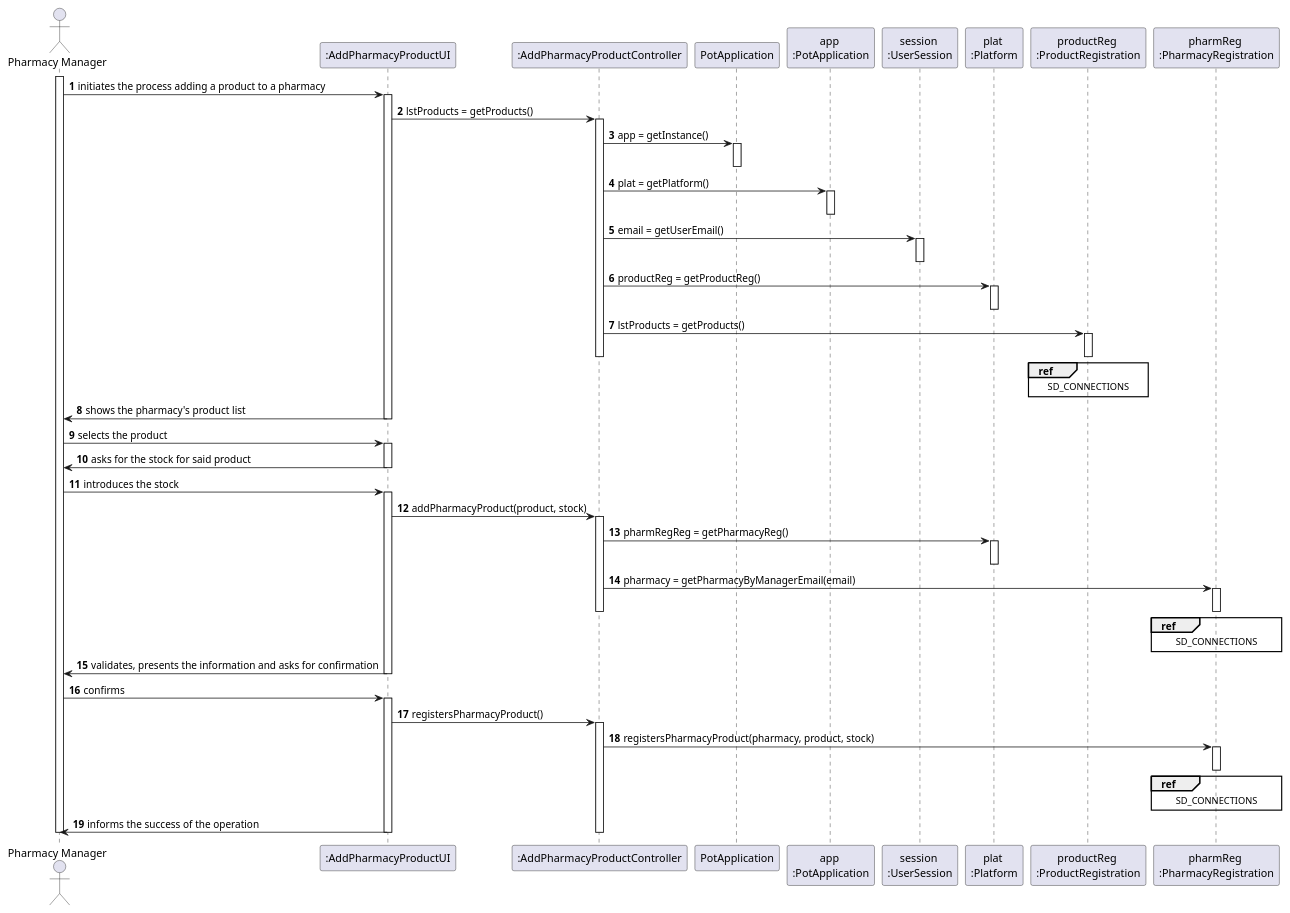
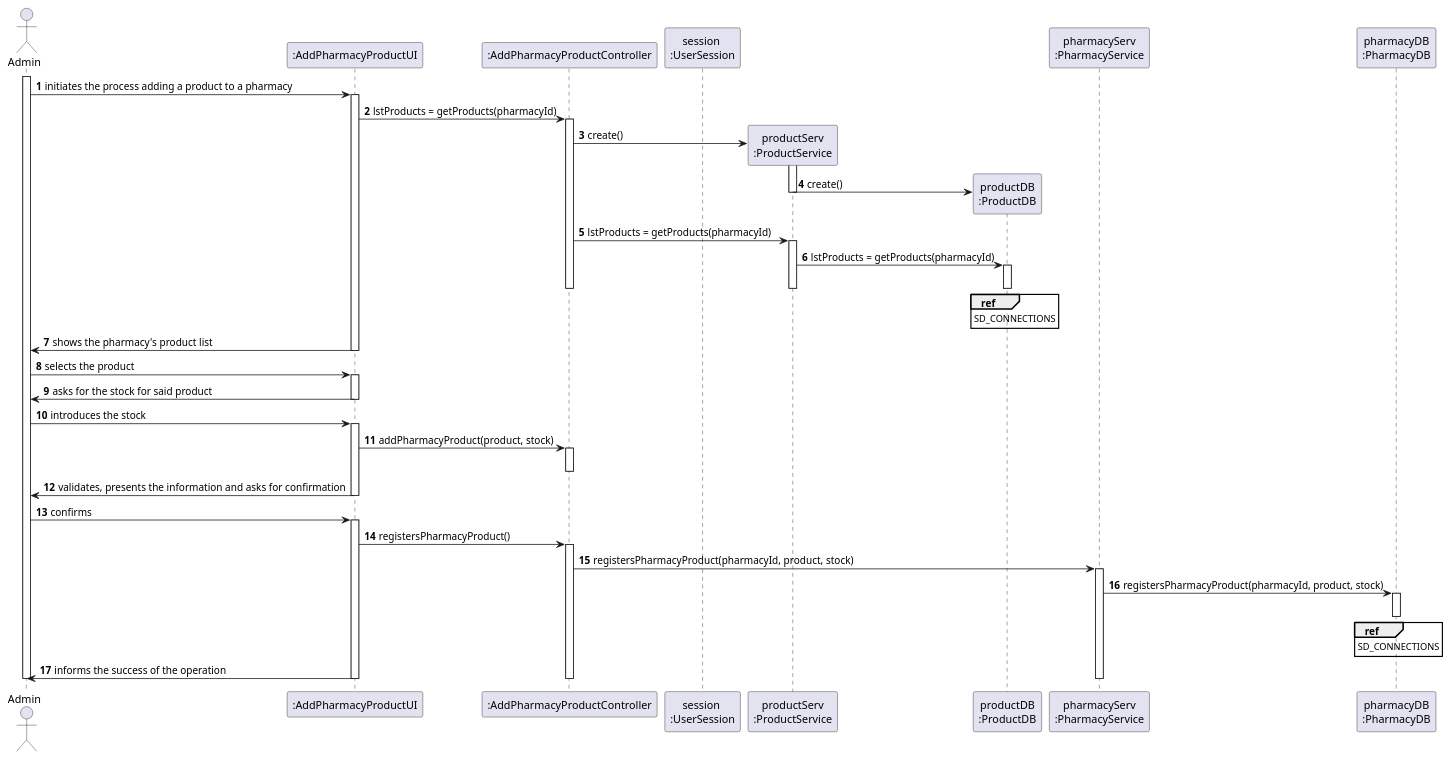
Before and after one commit to tiagoavcosta25/LAPR3: the diagram in docs/Iteration 2/Pharmacy Management/Refinement/US64_AddPharmacyProducts/US64_SD.puml, drawn with PlantUML. The commit also changed 7 other files, not shown here.

Commit message:
LAPR2AP2-188 Add Pharmacy Product [Review]

```diff
--- a/docs/Iteration 2/Pharmacy Management/Refinement/US64_AddPharmacyProducts/US64_SD.puml
+++ b/docs/Iteration 2/Pharmacy Management/Refinement/US64_AddPharmacyProducts/US64_SD.puml
@@ -1,85 +1,73 @@
 @startuml
 autonumber
-actor "Pharmacy Manager" as PM
+actor "Admin" as ADM
 
 participant ":AddPharmacyProductUI" as UI
 participant ":AddPharmacyProductController" as CTRL
-participant "PotApplication" as PA
-participant "app \n:PotApplication" as APA
 participant "session \n:UserSession" as US
-participant "plat \n:Platform" as PLAT
-participant "productReg \n:ProductRegistration" as PR
-participant "pharmReg \n:PharmacyRegistration" as PHR
+participant "productServ\n:ProductService" as PS
+participant "productDB\n:ProductDB" as PDB
+participant "pharmacyServ\n:PharmacyService" as PHS
+participant "pharmacyDB\n:PharmacyDB" as PHDB
 
 
 
-activate PM
+activate ADM
 
-PM -> UI : initiates the process adding a product to a pharmacy
+ADM -> UI : initiates the process adding a product to a pharmacy
 activate UI
-UI -> CTRL : lstProducts = getProducts()
+UI -> CTRL : lstProducts = getProducts(pharmacyId)
 activate CTRL
-CTRL -> PA : app = getInstance()
-activate PA
-deactivate PA
-CTRL -> APA : plat = getPlatform()
-activate APA
-deactivate APA
-CTRL -> US: email = getUserEmail()
-activate US
-deactivate US
-CTRL -> PLAT : productReg = getProductReg()
-activate PLAT
-deactivate PLAT
-CTRL -> PR : lstProducts = getProducts()
-activate PR
-ref over PR
+CTRL -> PS** : create()
+activate PS
+PS -> PDB** : create()
+deactivate PS
+CTRL -> PS : lstProducts = getProducts(pharmacyId)
+activate PS
+PS -> PDB : lstProducts = getProducts(pharmacyId)
+activate PDB
+ref over PDB
 SD_CONNECTIONS
 end ref
-deactivate PR
+deactivate PDB
+deactivate PS
 deactivate CTRL
-UI -> PM : shows the pharmacy's product list
+UI -> ADM : shows the pharmacy's product list
 deactivate UI
 
-PM -> UI : selects the product
+ADM -> UI : selects the product
 activate UI
-UI -> PM : asks for the stock for said product
+UI -> ADM : asks for the stock for said product
 deactivate UI
 
-PM -> UI : introduces the stock
+ADM -> UI : introduces the stock
 activate UI
 UI -> CTRL : addPharmacyProduct(product, stock)
 activate CTRL
-CTRL -> PLAT : pharmRegReg = getPharmacyReg()
-activate PLAT
-deactivate PLAT
-CTRL -> PHR : pharmacy = getPharmacyByManagerEmail(email)
-activate PHR
-ref over PHR
-SD_CONNECTIONS
-end ref
-deactivate PHR
 deactivate CTRL
 
 
-UI -> PM : validates, presents the information and asks for confirmation
+UI -> ADM : validates, presents the information and asks for confirmation
 deactivate UI
 
-PM -> UI : confirms
+ADM -> UI : confirms
 activate UI
 UI -> CTRL : registersPharmacyProduct()
 activate CTRL
-CTRL -> PHR : registersPharmacyProduct(pharmacy, product, stock)
-activate PHR
-ref over PHR
+CTRL -> PHS : registersPharmacyProduct(pharmacyId, product, stock)
+activate PHS
+PHS -> PHDB : registersPharmacyProduct(pharmacyId, product, stock)
+activate PHDB
+ref over PHDB
 SD_CONNECTIONS
 end ref
-deactivate PHR
-UI -> PM : informs the success of the operation
-deactivate PHR
+deactivate PHDB
+UI -> ADM : informs the success of the operation
+deactivate PHDB
+deactivate PHS
 deactivate CTRL
 deactivate UI
 
-deactivate PM
+deactivate ADM
 
 @enduml
```
